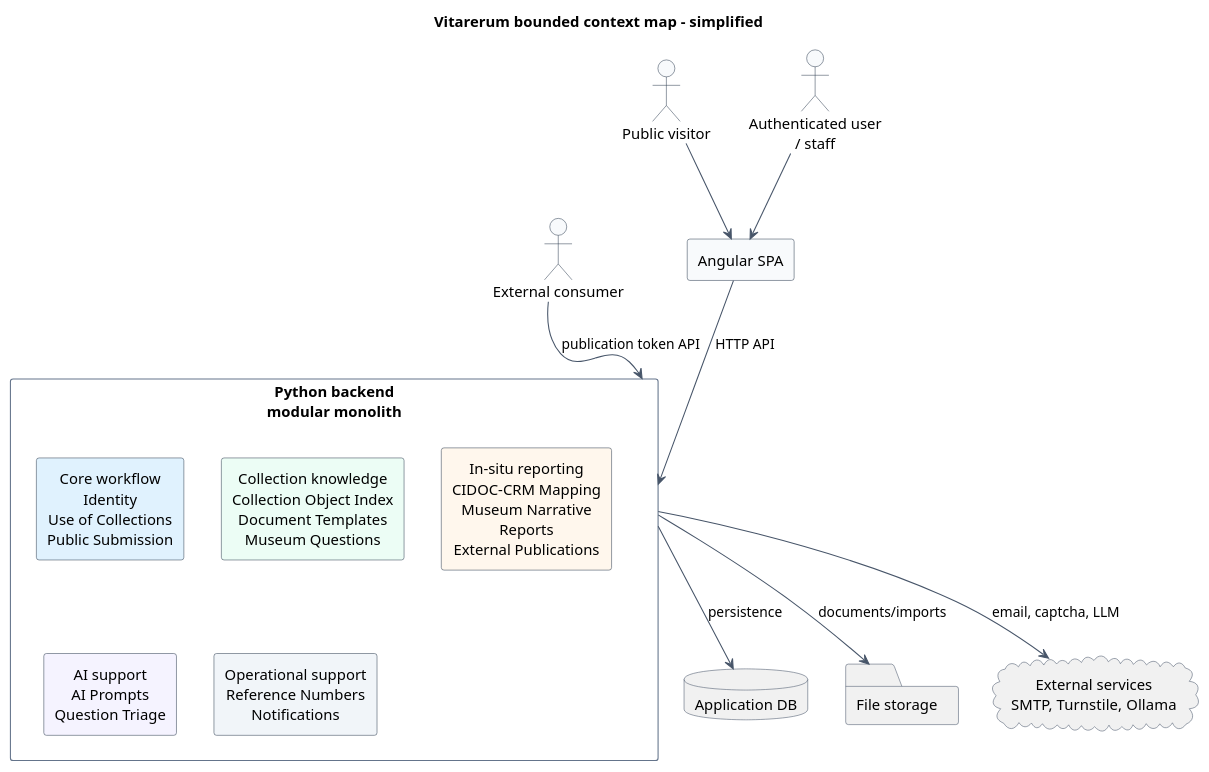
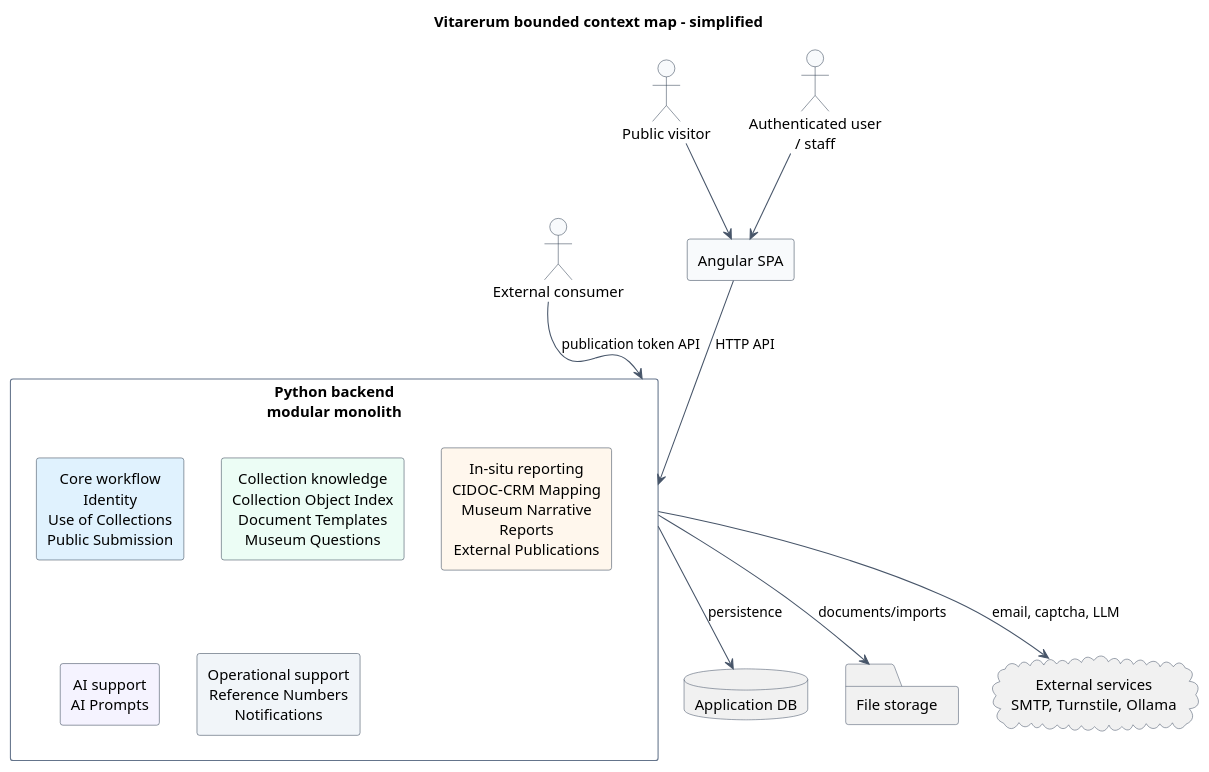
Before and after one commit to marcosduchinski/vitarerum: the diagram in docs/architecture/context-map-simplified.puml, drawn with PlantUML. The commit also changed 70 other files, not shown here.

Commit message:
fix: Remove museum question AI triage workflow

```diff
--- a/docs/architecture/context-map-simplified.puml
+++ b/docs/architecture/context-map-simplified.puml
@@ -1,53 +1,53 @@
 @startuml vitarerum-context-map-simplified
 title Vitarerum bounded context map - simplified
 
 skinparam packageStyle rectangle
 skinparam shadowing false
 skinparam componentStyle rectangle
 skinparam defaultTextAlignment center
 skinparam ArrowColor #475569
 skinparam ActorBorderColor #334155
 skinparam ActorBackgroundColor #F8FAFC
 skinparam RectangleBorderColor #334155
 skinparam RectangleBackgroundColor #F8FAFC
 skinparam PackageBorderColor #64748B
 skinparam PackageBackgroundColor #FFFFFF
 skinparam DatabaseBorderColor #475569
 skinparam FolderBorderColor #475569
 skinparam CloudBorderColor #475569
 skinparam note {
   BackgroundColor #FFFBEB
   BorderColor #B45309
 }
 
   actor "Public visitor" as public_visitor
   actor "Authenticated user\n/ staff" as staff_user
   actor "External consumer" as external_consumer
 
 
 rectangle "Angular SPA" as spa
 
 package "Python backend\nmodular monolith" as backend {
   rectangle "Core workflow\nIdentity\nUse of Collections\nPublic Submission" as core #E0F2FE
   rectangle "Collection knowledge\nCollection Object Index\nDocument Templates\nMuseum Questions" as knowledge #ECFDF5
   rectangle "In-situ reporting\nCIDOC-CRM Mapping\nMuseum Narrative\nReports\nExternal Publications" as reporting #FFF7ED
-  rectangle "AI support\nAI Prompts\nQuestion Triage" as ai_support #F5F3FF
+  rectangle "AI support\nAI Prompts" as ai_support #F5F3FF
   rectangle "Operational support\nReference Numbers\nNotifications" as operations #F1F5F9
 }
 
   database "Application DB" as db
   folder "File storage" as storage
   cloud "External services\nSMTP, Turnstile, Ollama" as external_services
 
 
 public_visitor --> spa
 staff_user --> spa
 spa --> backend : HTTP API
 
 external_consumer --> backend : publication token API
 
 backend --> db : persistence
 backend --> storage : documents/imports
 backend --> external_services : email, captcha, LLM
 
 @enduml
```
